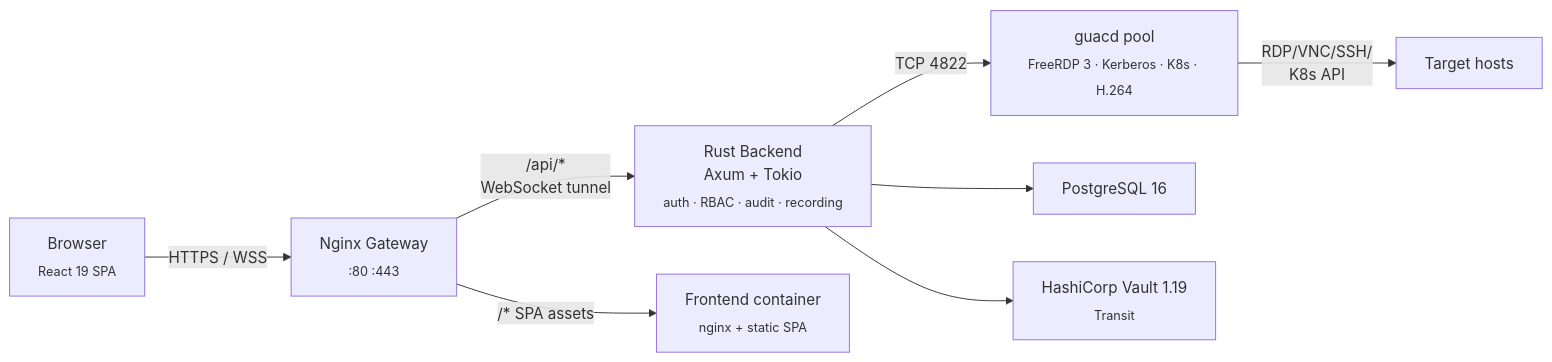
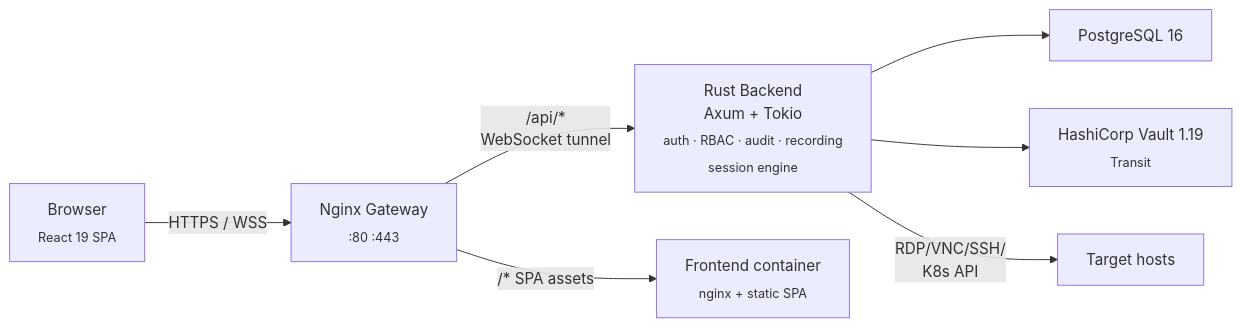
The diagram in ARCHITECTURE.md (Bails309/strata-client), drawn with Mermaid before and after one commit. The commit also changed other lines of this file and 167 other files, not shown here.

````diff
--- a/ARCHITECTURE.md
+++ b/ARCHITECTURE.md
@@ -13,15 +13,13 @@
 ```mermaid
 flowchart LR
     Browser["Browser<br/><sub>React 19 SPA</sub>"]
     Browser -->|HTTPS / WSS| Nginx
     Nginx["Nginx Gateway<br/><sub>:80 :443</sub>"]
     Nginx -->|/api/*<br/>WebSocket tunnel| Backend
     Nginx -->|/* SPA assets| Frontend
-    Backend["Rust Backend<br/>Axum + Tokio<br/><sub>auth · RBAC · audit · recording</sub>"]
+    Backend["Rust Backend<br/>Axum + Tokio<br/><sub>auth · RBAC · audit · recording<br/>session engine</sub>"]
     Frontend["Frontend container<br/><sub>nginx + static SPA</sub>"]
-    Backend -->|TCP 4822| Guacd
-    Guacd["guacd pool<br/><sub>FreeRDP 3 · Kerberos · K8s · H.264</sub>"]
     Backend --> Postgres["PostgreSQL 16"]
     Backend --> Vault["HashiCorp Vault 1.19<br/><sub>Transit</sub>"]
-    Guacd -->|RDP/VNC/SSH/<br/>K8s API| Targets["Target hosts"]
+    Backend -->|RDP/VNC/SSH/<br/>K8s API| Targets["Target hosts"]
 ```
````
